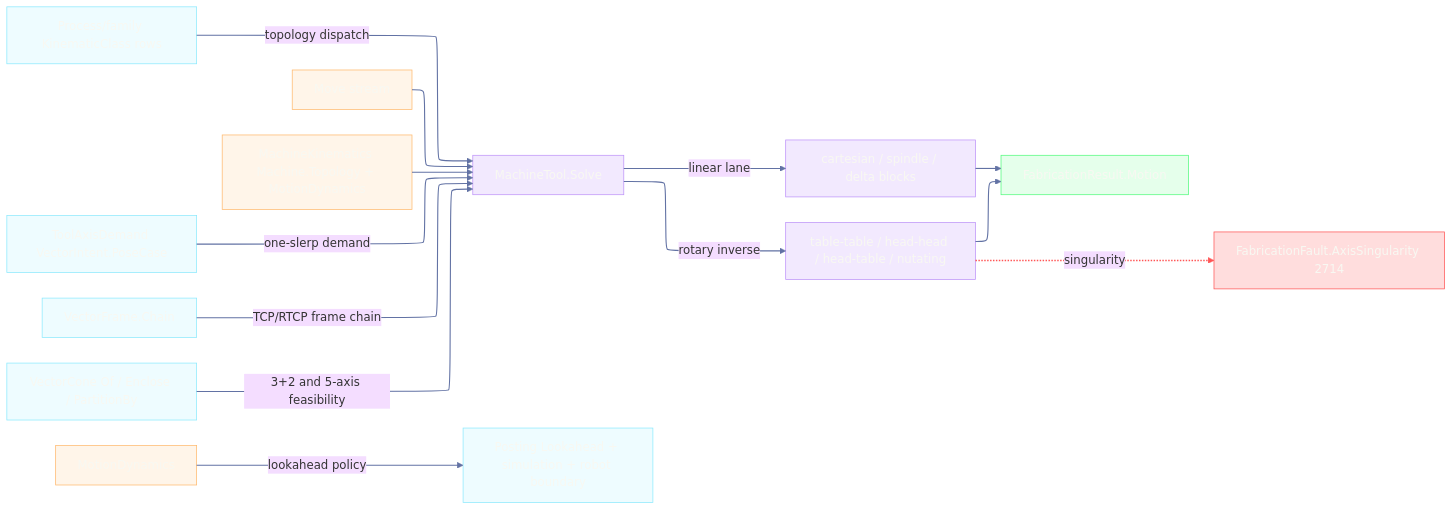
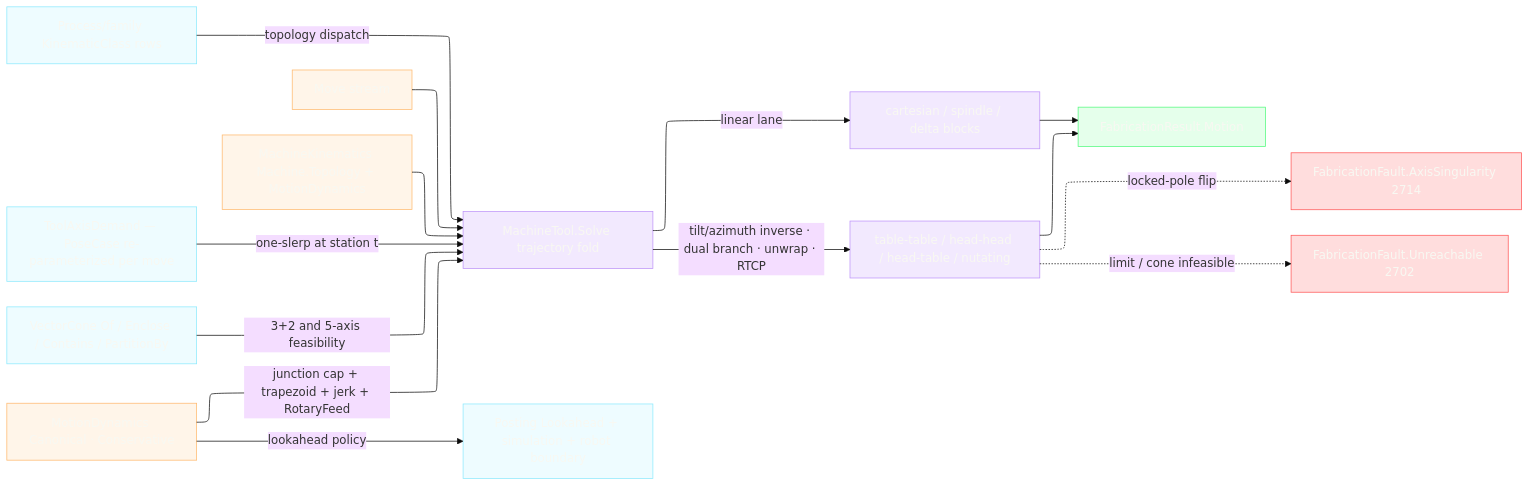
One commit to bsamiee/Rasm changed the diagram in libs/csharp/Rasm.Fabrication/.planning/Kinematics/machine.md. Above: the diagram before and after it, drawn with Mermaid. The commit also changed other lines of this file and 79 other files, not shown here.

````diff
--- a/libs/csharp/Rasm.Fabrication/.planning/Kinematics/machine.md
+++ b/libs/csharp/Rasm.Fabrication/.planning/Kinematics/machine.md
@@ -217,39 +314,38 @@
 ```mermaid
 ---
 config:
   layout: elk
   theme: base
   look: classic
   themeVariables:
     fontFamily: "Inter, Arial, sans"
     useGradient: false
     dropShadow: false
 ---
 flowchart LR
     accTitle: Machine-tool kinematics owner
-    accDescr: MachineTool.Solve composes process family topology, orientation intent, vector frames, vector cones, motion dynamics, and AxisSingularity routing into FabricationResult.Motion.
-    Moves["Move stream"] --> Solve["MachineTool.Solve"]
+    accDescr: MachineTool.Solve threads a trajectory fold over process-family topology, per-move orientation intent, rotary continuity, RTCP compensation, and dynamics-true timing into FabricationResult.Motion.
+    Moves["Move stream"] --> Solve["MachineTool.Solve trajectory fold"]
     Kin["MachineKinematics Machine.Topology + MotionDynamics"] --> Solve
     Family["Process/family KinematicClass rows"] -->|topology dispatch| Solve
-    Pose["ToolAxisDemand VectorIntent.PoseCase"] -->|one-slerp demand| Solve
-    Frames["VectorFrame.Chain"] -->|TCP/RTCP frame chain| Solve
-    Cone["VectorCone Of / Enclose / PartitionBy"] -->|3+2 and 5-axis feasibility| Solve
+    Pose["ToolAxisDemand — PoseCase re-parameterized per move"] -->|"one-slerp at station t"| Solve
+    Cone["VectorCone Of / Enclose / Contains / PartitionBy"] -->|3+2 and 5-axis feasibility| Solve
     Solve -->|linear lane| Linear["cartesian / spindle / delta blocks"]
-    Solve -->|rotary inverse| Rotary["table-table / head-head / head-table / nutating"]
-    Rotary -.->|singularity| Fault["FabricationFault.AxisSingularity 2714"]
+    Solve -->|"tilt/azimuth inverse · dual branch · unwrap · RTCP"| Rotary["table-table / head-head / head-table / nutating"]
+    Rotary -.->|locked-pole flip| Fault["FabricationFault.AxisSingularity 2714"]
+    Rotary -.->|limit / cone infeasible| Unreach["FabricationFault.Unreachable 2702"]
     Linear --> Motion["FabricationResult.Motion"]
     Rotary --> Motion
-    Dynamics["MotionDynamics"] -->|lookahead policy| Posting["Posting Lookahead + simulation + robot boundary"]
+    Dynamics["MotionDynamics Canonical · Conservative"] -->|"junction cap + trapezoid + jerk + RotaryFeed"| Solve
+    Dynamics -->|lookahead policy| Posting["Posting Lookahead + simulation + robot boundary"]
     class Moves,Kin,Dynamics data
-    class Family,Pose,Frames,Cone,Posting boundary
+    class Family,Pose,Cone,Posting boundary
     class Solve,Linear,Rotary primary
     class Motion success
-    class Fault error
-    linkStyle 0,1,2,3,4,5,6,7,9,10,11 stroke:#6272A4,stroke-width:1.5px,color:#F8F8F2
-    linkStyle 8 stroke:#FF5555,stroke-width:2px,color:#FF5555
+    class Fault,Unreach error
     classDef primary fill:#BD93F933,stroke:#BD93F9,color:#F8F8F2
     classDef boundary fill:#8BE9FD26,stroke:#8BE9FD,color:#F8F8F2
     classDef success fill:#50FA7B26,stroke:#50FA7B,color:#F8F8F2
     classDef error fill:#FF555533,stroke:#FF5555,color:#F8F8F2
     classDef data fill:#FFB86C26,stroke:#FFB86C,color:#F8F8F2
 ```
````
